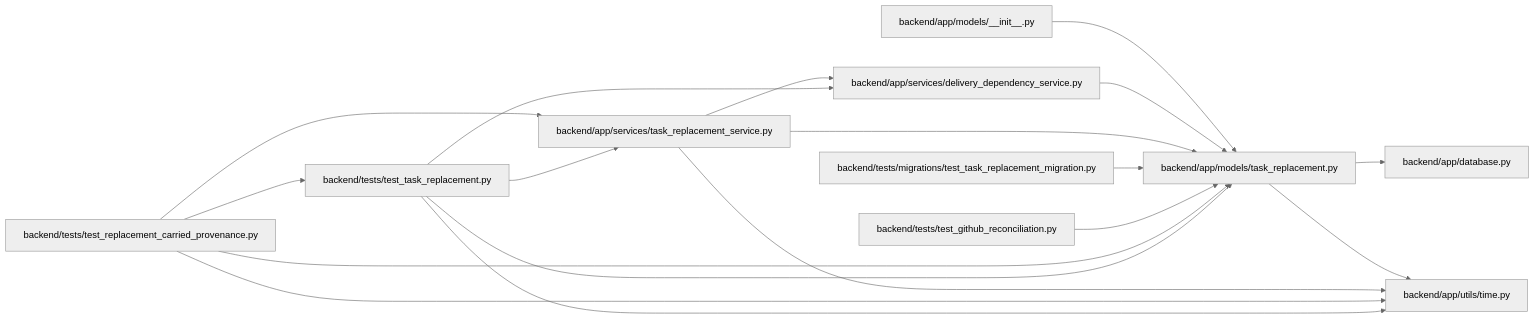
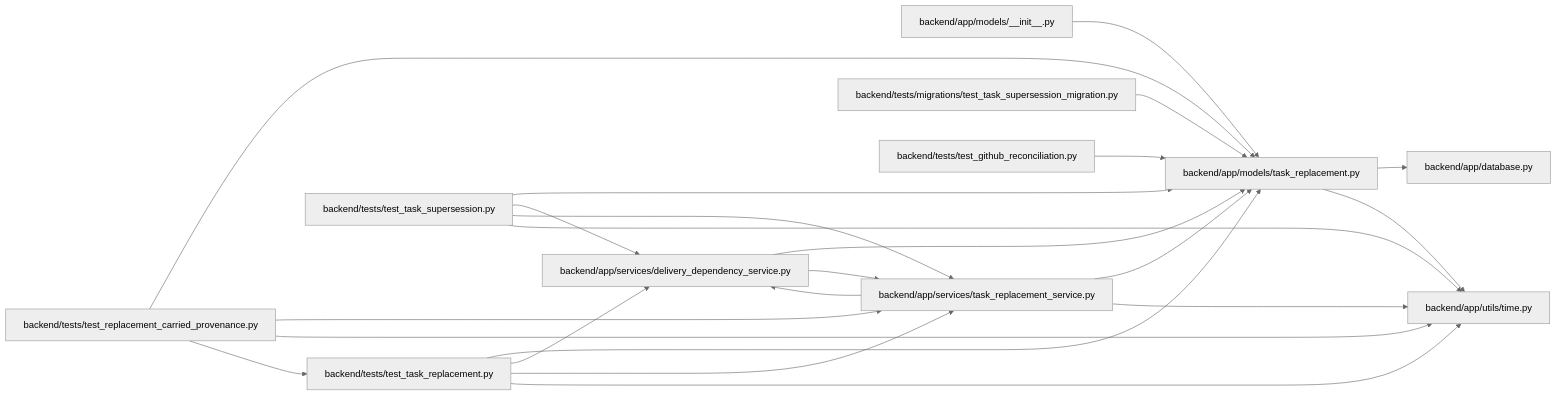
One commit to Denissvgn/WorkChord changed the diagram in docs/llm_wiki/modules/models_task_replacement.md. Above: the diagram before and after it, drawn with Mermaid (neutral theme). The commit also changed other lines of this file and 693 other files, not shown here.

Commit message:
Sync the architectural wiki for superseding work with an accepted successor

````diff
--- a/docs/llm_wiki/modules/models_task_replacement.md
+++ b/docs/llm_wiki/modules/models_task_replacement.md
@@ -22,40 +22,47 @@
 ```mermaid
 flowchart LR
     n0["backend/app/database.py"]
     n1["backend/app/models/__init__.py"]
     n2["backend/app/models/task_replacement.py"]
     n3["backend/app/services/delivery_dependency_service.py"]
     n4["backend/app/services/task_replacement_service.py"]
     n5["backend/app/utils/time.py"]
-    n6["backend/tests/migrations/test_task_replacement_migration.py"]
+    n6["backend/tests/migrations/test_task_supersession_migration.py"]
     n7["backend/tests/test_github_reconciliation.py"]
     n8["backend/tests/test_replacement_carried_provenance.py"]
     n9["backend/tests/test_task_replacement.py"]
+    n10["backend/tests/test_task_supersession.py"]
     n1 --> n2
     n2 --> n0
     n2 --> n5
     n3 --> n2
+    n3 --> n4
     n4 --> n2
     n4 --> n3
     n4 --> n5
     n6 --> n2
     n7 --> n2
     n8 --> n2
     n8 --> n4
     n8 --> n5
     n8 --> n9
     n9 --> n2
     n9 --> n3
     n9 --> n4
     n9 --> n5
+    n10 --> n2
+    n10 --> n3
+    n10 --> n4
+    n10 --> n5
     click n0 "../modules/app_database.md"
     click n1 "../modules/models___init__.md"
     click n2 "../modules/models_task_replacement.md"
     click n3 "../modules/delivery_dependency_service.md"
     click n4 "../modules/task_replacement_service.md"
     click n5 "../modules/time.md"
-    click n6 "../modules/test_task_replacement_migration.md"
+    click n6 "../modules/test_task_supersession_migration.md"
     click n7 "../modules/test_github_reconciliation.md"
     click n8 "../modules/test_replacement_carried_provenance.md"
     click n9 "../modules/test_task_replacement.md"
+    click n10 "../modules/test_task_supersession.md"
 ```
````
